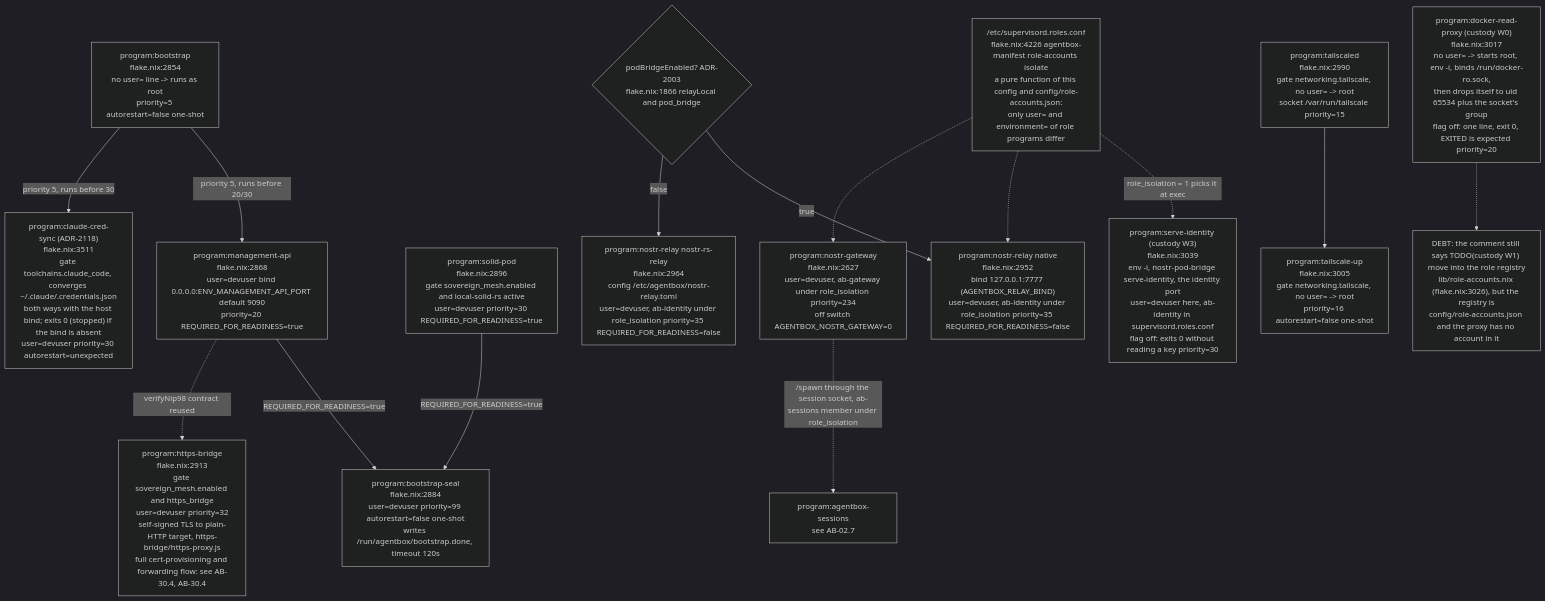
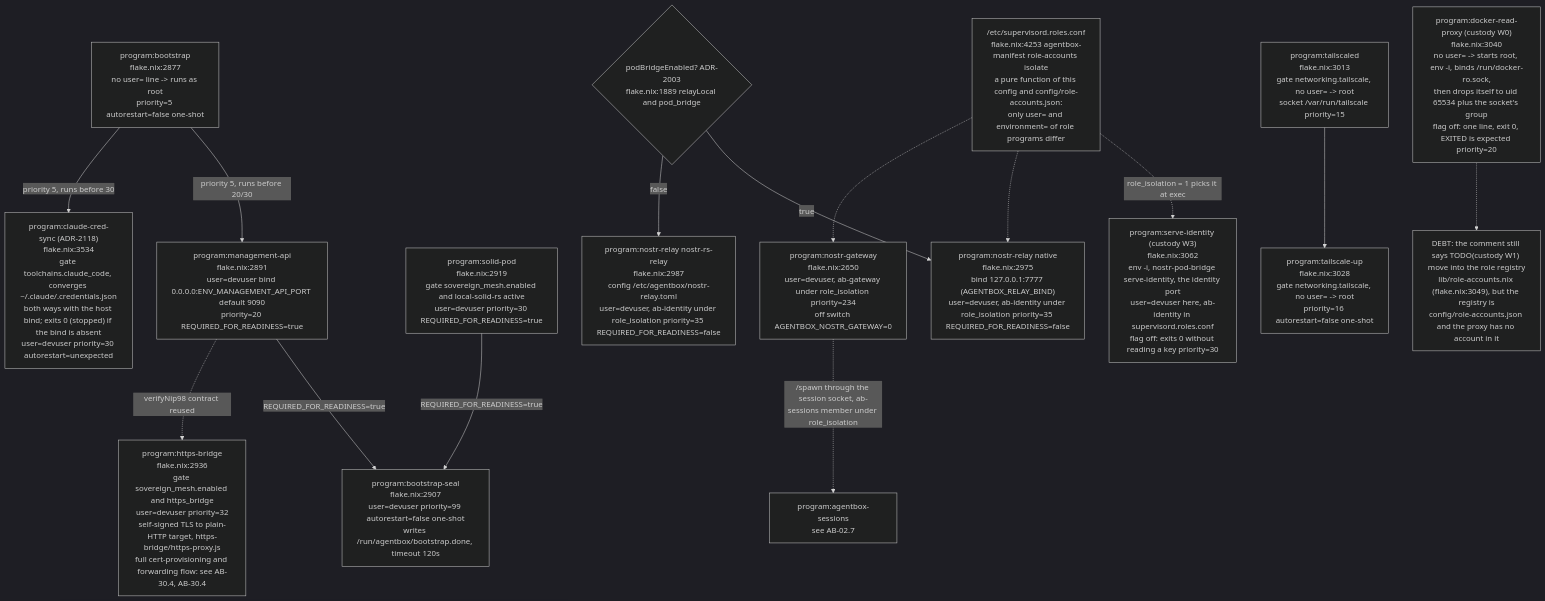
One commit to DreamLab-AI/VisionFlow changed the fourth of 21 diagrams in docs/diagrams/agentbox/02-boot-sequence-and-readiness.md. Above: the diagram before and after it, drawn with Mermaid (dark theme). The commit also changed other lines of this file and 8 other files, not shown here.

First line of the commit message:
docs(diagrams): re-verify the NIP-98 proxy topics and the custody counts at agentbox 0693c761c (VF-DIAGRAM-NIP98-DRIFT)

````diff
--- a/docs/diagrams/agentbox/02-boot-sequence-and-readiness.md
+++ b/docs/diagrams/agentbox/02-boot-sequence-and-readiness.md
@@ -277,32 +280,32 @@
 ```mermaid
 flowchart TB
-    BOOT["program:bootstrap<br/>flake.nix:2854<br/>no user= line -&gt; runs as root<br/>priority=5 autorestart=false one-shot"]
-    MGMT["program:management-api<br/>flake.nix:2868<br/>user=devuser bind 0.0.0.0:ENV_MANAGEMENT_API_PORT default 9090<br/>priority=20 REQUIRED_FOR_READINESS=true"]
-    CRED["program:claude-cred-sync (ADR-2118)<br/>flake.nix:3511<br/>gate toolchains.claude_code, converges ~/.claude/.credentials.json<br/>both ways with the host bind; exits 0 (stopped) if the bind is absent<br/>user=devuser priority=30 autorestart=unexpected"]
-    SEAL["program:bootstrap-seal<br/>flake.nix:2884<br/>user=devuser priority=99 autorestart=false one-shot<br/>writes /run/agentbox/bootstrap.done, timeout 120s"]
-    SOLID["program:solid-pod<br/>flake.nix:2896<br/>gate sovereign_mesh.enabled and local-solid-rs active<br/>user=devuser priority=30 REQUIRED_FOR_READINESS=true"]
-    HTTPSB["program:https-bridge<br/>flake.nix:2913<br/>gate sovereign_mesh.enabled and https_bridge<br/>user=devuser priority=32<br/>self-signed TLS to plain-HTTP target, https-bridge/https-proxy.js<br/>full cert-provisioning and forwarding flow: see AB-30.4, AB-30.4"]
-    GATERELAY{"podBridgeEnabled? ADR-2003<br/>flake.nix:1866 relayLocal and pod_bridge"}
-    NRELAY1["program:nostr-relay native<br/>flake.nix:2952<br/>bind 127.0.0.1:7777 (AGENTBOX_RELAY_BIND)<br/>user=devuser, ab-identity under role_isolation priority=35 REQUIRED_FOR_READINESS=false"]
-    NRELAY2["program:nostr-relay nostr-rs-relay<br/>flake.nix:2964<br/>config /etc/agentbox/nostr-relay.toml<br/>user=devuser, ab-identity under role_isolation priority=35 REQUIRED_FOR_READINESS=false"]
-    NGW["program:nostr-gateway<br/>flake.nix:2627<br/>user=devuser, ab-gateway under role_isolation priority=234<br/>off switch AGENTBOX_NOSTR_GATEWAY=0"]
-    DRP["program:docker-read-proxy (custody W0)<br/>flake.nix:3017<br/>no user= -&gt; starts root, env -i, binds /run/docker-ro.sock,<br/>then drops itself to uid 65534 plus the socket's group<br/>flag off: one line, exit 0, EXITED is expected priority=20"]
-    SID["program:serve-identity (custody W3)<br/>flake.nix:3039<br/>env -i, nostr-pod-bridge serve-identity, the identity port<br/>user=devuser here, ab-identity in supervisord.roles.conf<br/>flag off: exits 0 without reading a key priority=30"]
-    ISO["/etc/supervisord.roles.conf<br/>flake.nix:4226 agentbox-manifest role-accounts isolate<br/>a pure function of this config and config/role-accounts.json:<br/>only user= and environment= of role programs differ"]
-    TSD["program:tailscaled<br/>flake.nix:2990<br/>gate networking.tailscale, no user= -&gt; root<br/>socket /var/run/tailscale priority=15"]
-    TSU["program:tailscale-up<br/>flake.nix:3005<br/>gate networking.tailscale, no user= -&gt; root<br/>priority=16 autorestart=false one-shot"]
+    BOOT["program:bootstrap<br/>flake.nix:2877<br/>no user= line -&gt; runs as root<br/>priority=5 autorestart=false one-shot"]
+    MGMT["program:management-api<br/>flake.nix:2891<br/>user=devuser bind 0.0.0.0:ENV_MANAGEMENT_API_PORT default 9090<br/>priority=20 REQUIRED_FOR_READINESS=true"]
+    CRED["program:claude-cred-sync (ADR-2118)<br/>flake.nix:3534<br/>gate toolchains.claude_code, converges ~/.claude/.credentials.json<br/>both ways with the host bind; exits 0 (stopped) if the bind is absent<br/>user=devuser priority=30 autorestart=unexpected"]
+    SEAL["program:bootstrap-seal<br/>flake.nix:2907<br/>user=devuser priority=99 autorestart=false one-shot<br/>writes /run/agentbox/bootstrap.done, timeout 120s"]
+    SOLID["program:solid-pod<br/>flake.nix:2919<br/>gate sovereign_mesh.enabled and local-solid-rs active<br/>user=devuser priority=30 REQUIRED_FOR_READINESS=true"]
+    HTTPSB["program:https-bridge<br/>flake.nix:2936<br/>gate sovereign_mesh.enabled and https_bridge<br/>user=devuser priority=32<br/>self-signed TLS to plain-HTTP target, https-bridge/https-proxy.js<br/>full cert-provisioning and forwarding flow: see AB-30.4, AB-30.4"]
+    GATERELAY{"podBridgeEnabled? ADR-2003<br/>flake.nix:1889 relayLocal and pod_bridge"}
+    NRELAY1["program:nostr-relay native<br/>flake.nix:2975<br/>bind 127.0.0.1:7777 (AGENTBOX_RELAY_BIND)<br/>user=devuser, ab-identity under role_isolation priority=35 REQUIRED_FOR_READINESS=false"]
+    NRELAY2["program:nostr-relay nostr-rs-relay<br/>flake.nix:2987<br/>config /etc/agentbox/nostr-relay.toml<br/>user=devuser, ab-identity under role_isolation priority=35 REQUIRED_FOR_READINESS=false"]
+    NGW["program:nostr-gateway<br/>flake.nix:2650<br/>user=devuser, ab-gateway under role_isolation priority=234<br/>off switch AGENTBOX_NOSTR_GATEWAY=0"]
+    DRP["program:docker-read-proxy (custody W0)<br/>flake.nix:3040<br/>no user= -&gt; starts root, env -i, binds /run/docker-ro.sock,<br/>then drops itself to uid 65534 plus the socket's group<br/>flag off: one line, exit 0, EXITED is expected priority=20"]
+    SID["program:serve-identity (custody W3)<br/>flake.nix:3062<br/>env -i, nostr-pod-bridge serve-identity, the identity port<br/>user=devuser here, ab-identity in supervisord.roles.conf<br/>flag off: exits 0 without reading a key priority=30"]
+    ISO["/etc/supervisord.roles.conf<br/>flake.nix:4253 agentbox-manifest role-accounts isolate<br/>a pure function of this config and config/role-accounts.json:<br/>only user= and environment= of role programs differ"]
+    TSD["program:tailscaled<br/>flake.nix:3013<br/>gate networking.tailscale, no user= -&gt; root<br/>socket /var/run/tailscale priority=15"]
+    TSU["program:tailscale-up<br/>flake.nix:3028<br/>gate networking.tailscale, no user= -&gt; root<br/>priority=16 autorestart=false one-shot"]
 
     BOOT -->|"priority 5, runs before 20/30"| MGMT
     BOOT -->|"priority 5, runs before 30"| CRED
     MGMT -->|"REQUIRED_FOR_READINESS=true"| SEAL
     SOLID -->|"REQUIRED_FOR_READINESS=true"| SEAL
     GATERELAY -->|true| NRELAY1
     GATERELAY -->|false| NRELAY2
     MGMT -.->|"verifyNip98 contract reused"| HTTPSB
     TSD --> TSU
     NGW -.->|"/spawn through the session socket, ab-sessions member under role_isolation"| SESSREF["program:agentbox-sessions<br/>see AB-02.7"]
     ISO -.->|"role_isolation = 1 picks it at exec"| SID
     ISO -.-> NRELAY1
     ISO -.-> NGW
-    DRP -.-> N1["DEBT: the comment still says TODO(custody W1) move into the role registry<br/>lib/role-accounts.nix (flake.nix:3026), but the registry is<br/>config/role-accounts.json and the proxy has no account in it"]
+    DRP -.-> N1["DEBT: the comment still says TODO(custody W1) move into the role registry<br/>lib/role-accounts.nix (flake.nix:3049), but the registry is<br/>config/role-accounts.json and the proxy has no account in it"]
 ```
````
